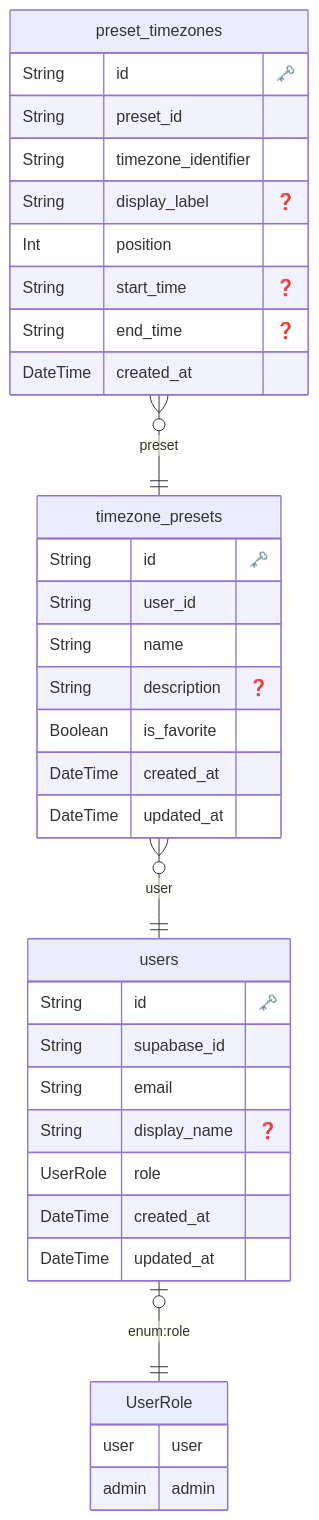
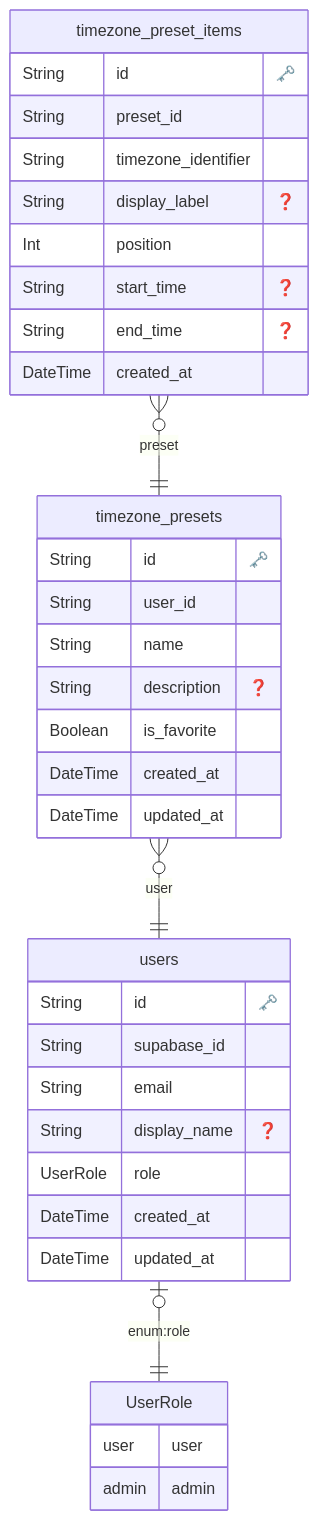
The diagram in backend/ERD.md (KaitoSaito2222/timezone-harmony), drawn with Mermaid before and after one commit. The commit also changed 5 other files, not shown here.

Commit message:
feat: fixed the table name of preset items

````diff
--- a/backend/ERD.md
+++ b/backend/ERD.md
@@ -1,45 +1,45 @@
 ```mermaid
 erDiagram
 
         UserRole {
             user user
 admin admin
         }
     
   "users" {
     String id "🗝️"
     String supabase_id 
     String email 
     String display_name "❓"
     UserRole role 
     DateTime created_at 
     DateTime updated_at 
     }
   
 
   "timezone_presets" {
     String id "🗝️"
     String user_id 
     String name 
     String description "❓"
     Boolean is_favorite 
     DateTime created_at 
     DateTime updated_at 
     }
   
 
-  "preset_timezones" {
+  "timezone_preset_items" {
     String id "🗝️"
     String preset_id 
     String timezone_identifier 
     String display_label "❓"
     Int position 
     String start_time "❓"
     String end_time "❓"
     DateTime created_at 
     }
   
     "users" |o--|| "UserRole" : "enum:role"
     "timezone_presets" }o--|| users : "user"
-    "preset_timezones" }o--|| timezone_presets : "preset"
+    "timezone_preset_items" }o--|| timezone_presets : "preset"
 ```
````
